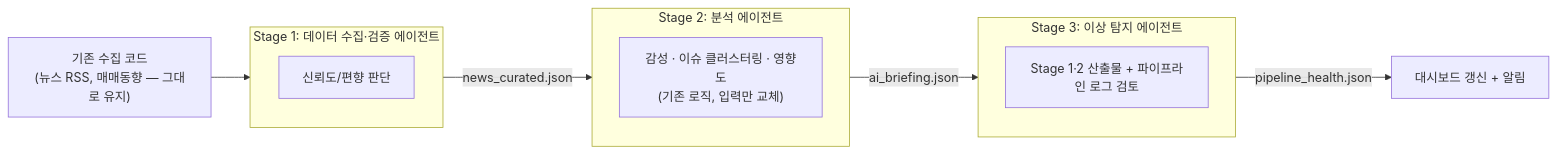
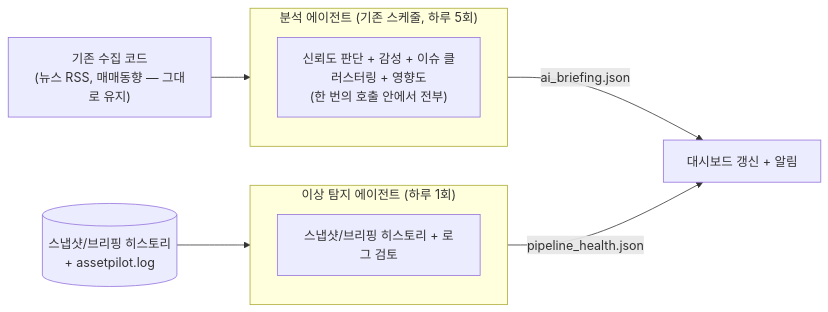
One commit to mydannykim/AssetPilot changed the diagram in AGENTS.md. Above: the diagram before and after it, drawn with Mermaid. The commit also changed other lines of this file and 2 other files, not shown here.

````diff
--- a/AGENTS.md
+++ b/AGENTS.md
@@ -28,22 +31,17 @@
 ```mermaid
 flowchart LR
     RAW["기존 수집 코드<br/>(뉴스 RSS, 매매동향 — 그대로 유지)"] --> A1
 
-    subgraph A1["Stage 1: 데이터 수집·검증 에이전트"]
+    subgraph A1["분석 에이전트 (기존 스케줄, 하루 5회)"]
         direction TB
-        A1D["신뢰도/편향 판단"]
+        A1D["신뢰도 판단 + 감성 + 이슈 클러스터링 + 영향도<br/>(한 번의 호출 안에서 전부)"]
     end
-    A1 -->|"news_curated.json"| A2
+    A1 -->|"ai_briefing.json"| DASH["대시보드 갱신 + 알림"]
 
-    subgraph A2["Stage 2: 분석 에이전트"]
+    subgraph A2["이상 탐지 에이전트 (하루 1회)"]
         direction TB
-        A2D["감성 · 이슈 클러스터링 · 영향도<br/>(기존 로직, 입력만 교체)"]
+        A2D["스냅샷/브리핑 히스토리 + 로그 검토"]
     end
-    A2 -->|"ai_briefing.json"| A3
-
-    subgraph A3["Stage 3: 이상 탐지 에이전트"]
-        direction TB
-        A3D["Stage 1·2 산출물 + 파이프라인 로그 검토"]
-    end
-    A3 -->|"pipeline_health.json"| NOTIFY["대시보드 갱신 + 알림"]
+    HIST[("스냅샷/브리핑 히스토리<br/>+ assetpilot.log")] --> A2
+    A2 -->|"pipeline_health.json"| DASH
 ```
````
